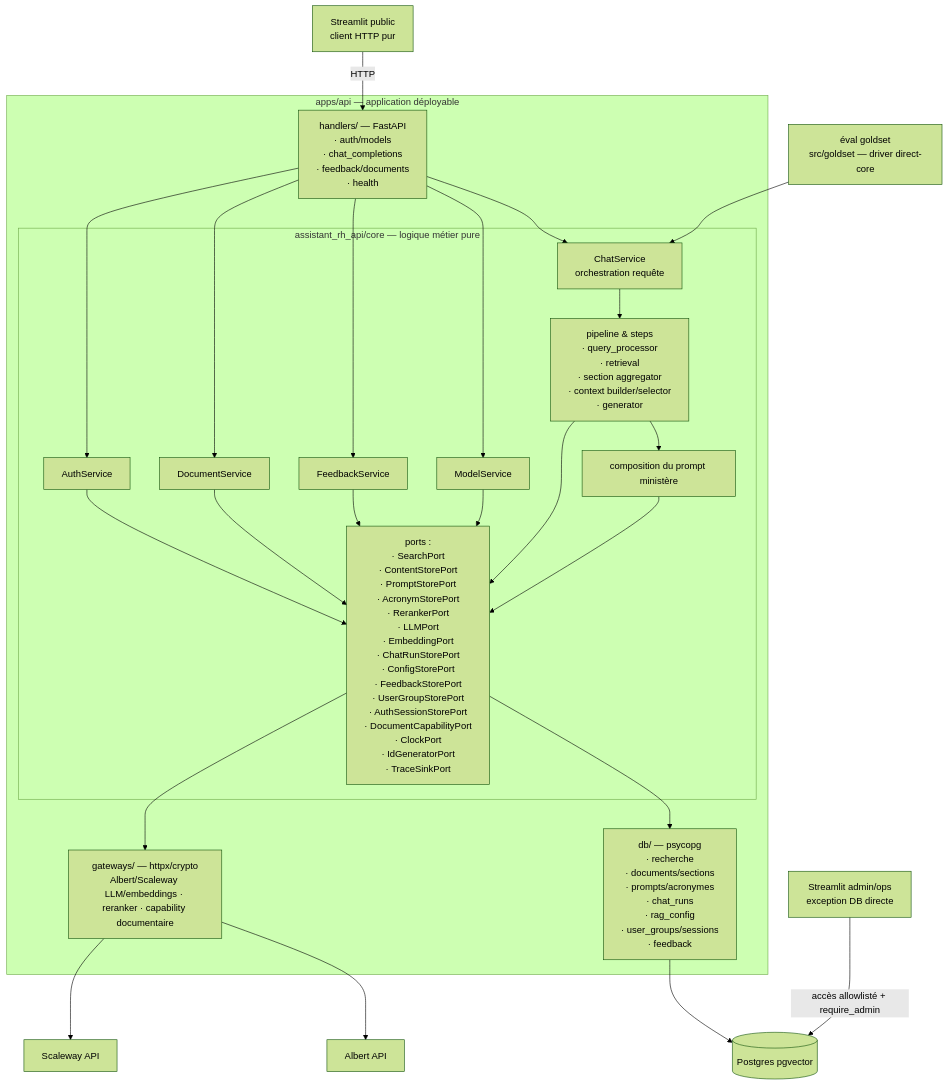
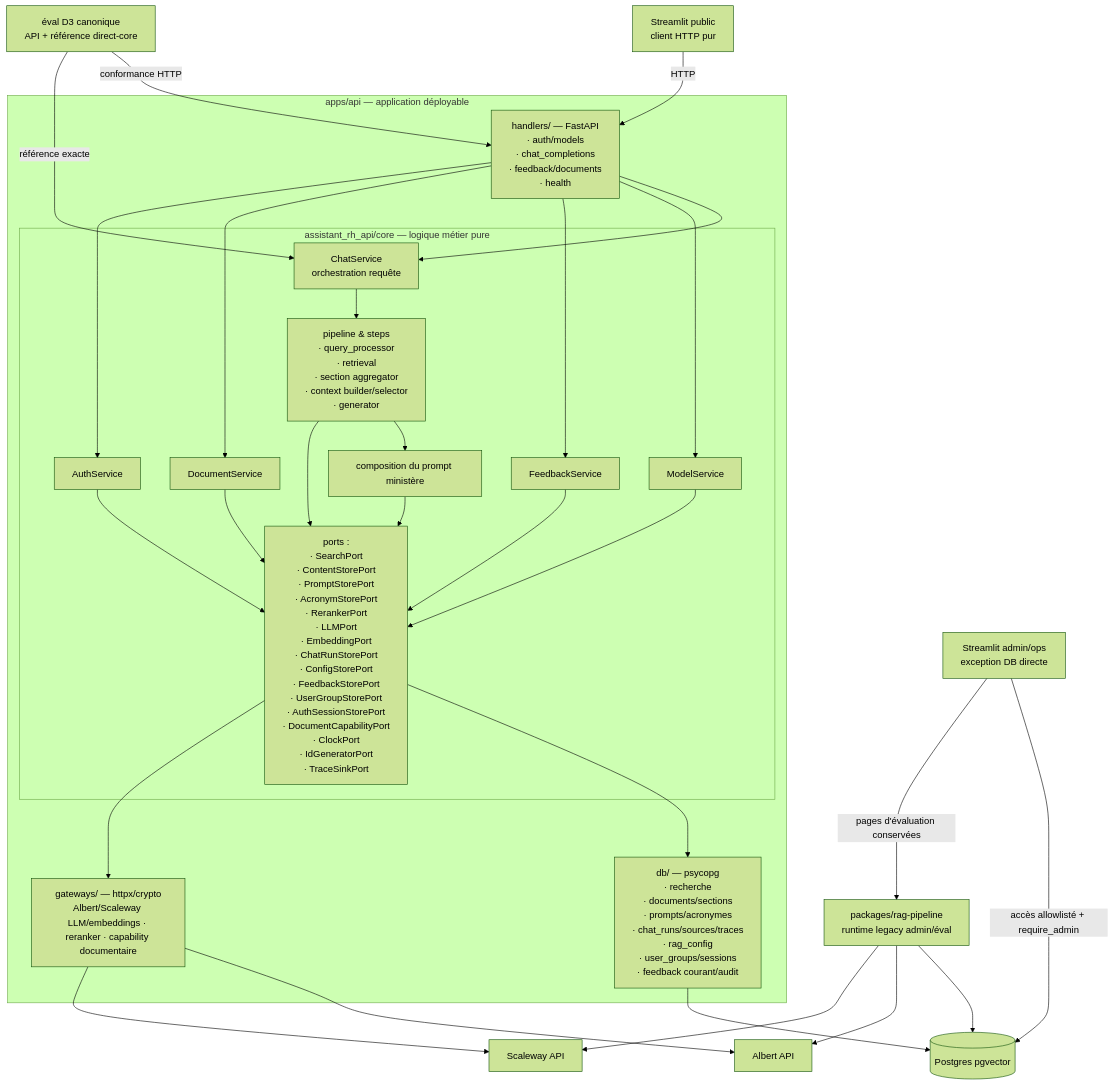
One commit to DGAFP/assistant-rh changed the diagram in docs/architecture/hexagonal-split/01-target-architecture.md. Above: the diagram before and after it, drawn with Mermaid (forest theme). The commit also changed other lines of this file and 7 other files, not shown here.

````diff
--- a/docs/architecture/hexagonal-split/01-target-architecture.md
+++ b/docs/architecture/hexagonal-split/01-target-architecture.md
@@ -7,51 +7,57 @@
 ```mermaid
 flowchart TB
     ST[Streamlit public<br/>client HTTP pur]
     ADMIN[Streamlit admin/ops<br/>exception DB directe]
-    EV[éval goldset<br/>src/goldset — driver direct-core]
+    LEGACY[packages/rag-pipeline<br/>runtime legacy admin/éval]
+    EV[éval D3 canonique<br/>API + référence direct-core]
 
     subgraph api ["apps/api — application déployable"]
         H[handlers/ — FastAPI<br/>· auth/models <br/>· chat_completions <br/>· feedback/documents <br/>· health]
 
         subgraph core ["assistant_rh_api/core — logique métier pure"]
             CS[ChatService<br/>orchestration requête]
             MS[ModelService]
             P[pipeline & steps<br/>· query_processor <br>· retrieval <br/> · section aggregator  <br/> · context builder/selector <br/> · generator]
             PP[composition du prompt ministère]
             PO[ports :<br/>· SearchPort <br/>· ContentStorePort<br/>· PromptStorePort <br/>· AcronymStorePort<br/>· RerankerPort <br/>· LLMPort <br/>· EmbeddingPort<br/>· ChatRunStorePort <br/>· ConfigStorePort<br/>· FeedbackStorePort<br/>· UserGroupStorePort<br/>· AuthSessionStorePort<br/>· DocumentCapabilityPort<br/>· ClockPort<br/>· IdGeneratorPort<br/>· TraceSinkPort]
 
 
             FS[FeedbackService]
 
             DS[DocumentService]
 
             AU[AuthService]
 
         end
 
-        DB[db/ — psycopg<br/>· recherche <br> · documents/sections <br/> · prompts/acronymes<br/> · chat_runs <br> · rag_config <br/> · user_groups/sessions <br> · feedback]
+        DB[db/ — psycopg<br/>· recherche <br> · documents/sections <br/> · prompts/acronymes<br/> · chat_runs/sources/traces <br> · rag_config <br/> · user_groups/sessions <br> · feedback courant/audit]
         GW[gateways/ — httpx/crypto<br/>Albert/Scaleway LLM/embeddings · reranker · capability documentaire]
     end
 
     ST -->|HTTP| H
     H --> CS
-    EV --> CS
+    EV -->|conformance HTTP| H
+    EV -->|référence exacte| CS
     CS --> P
     P --> PP
     H --> MS
     MS --> PO
     P --> PO
     PP --> PO
     PO --> DB
     PO --> GW
     DB --> PG[(Postgres pgvector)]
     ADMIN -->|accès allowlisté + require_admin| PG
+    ADMIN -->|pages d'évaluation conservées| LEGACY
+    LEGACY --> PG
+    LEGACY --> ALB
+    LEGACY --> SCW
     GW --> ALB[Albert API]
     GW --> SCW[Scaleway API]
     H --> FS
     FS --> PO
     H --> DS
     DS --> PO
     H --> AU
     AU --> PO
 ```
````
